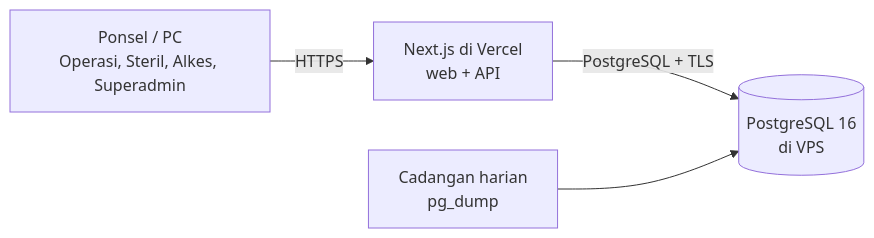
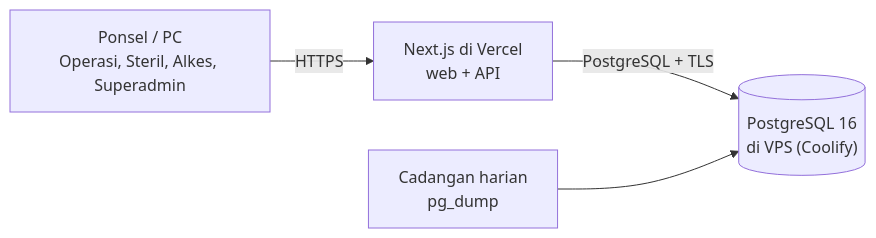
The first of 3 diagrams in docs/04-technical-architecture.md (mferdinandr/inventory-management), drawn with Mermaid before and after one commit. The commit also changed other lines of this file and 11 other files, not shown here.

First line of the commit message:
refactor(deploy): use a Coolify-managed PostgreSQL instead of our own compose, TLS and certbot files

````diff
--- a/docs/04-technical-architecture.md
+++ b/docs/04-technical-architecture.md
@@ -28,6 +28,6 @@
 ```mermaid
 flowchart LR
     HP["Ponsel / PC<br/>Operasi, Steril, Alkes, Superadmin"] -->|HTTPS| APP["Next.js di Vercel<br/>web + API"]
-    APP -->|"PostgreSQL + TLS"| PG[("PostgreSQL 16<br/>di VPS")]
+    APP -->|"PostgreSQL + TLS"| PG[("PostgreSQL 16<br/>di VPS (Coolify)")]
     BACKUP["Cadangan harian<br/>pg_dump"] --> PG
 ```
````
